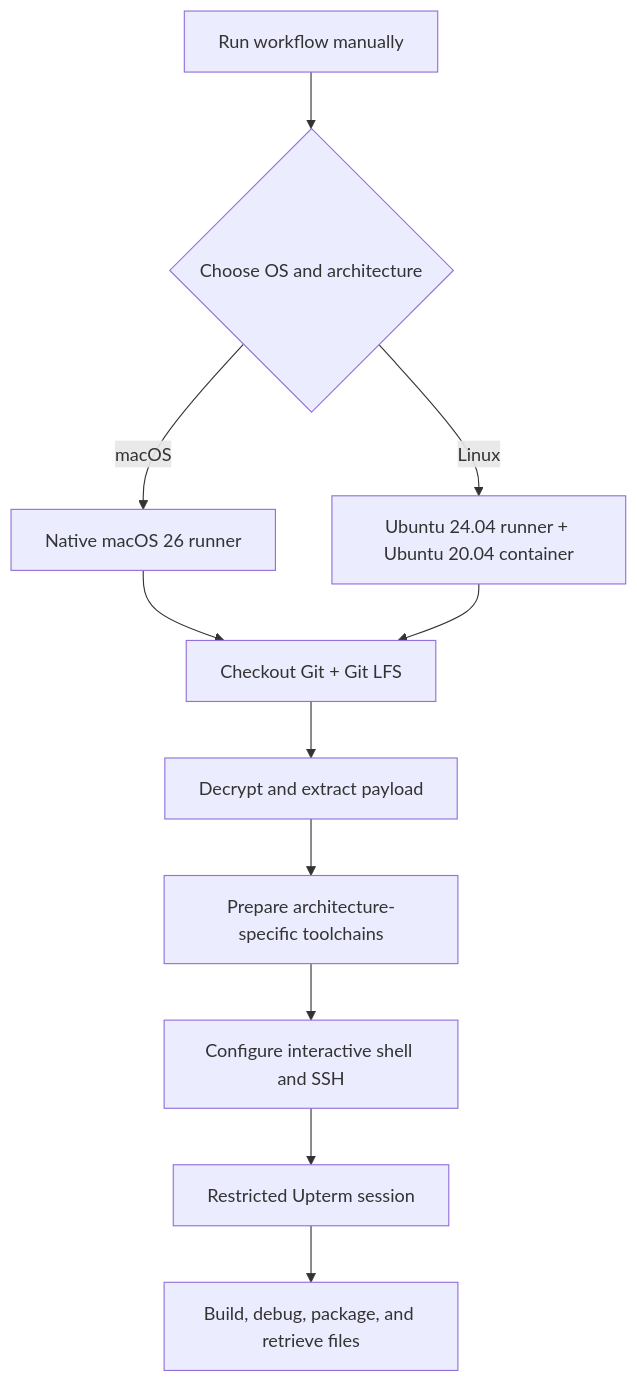
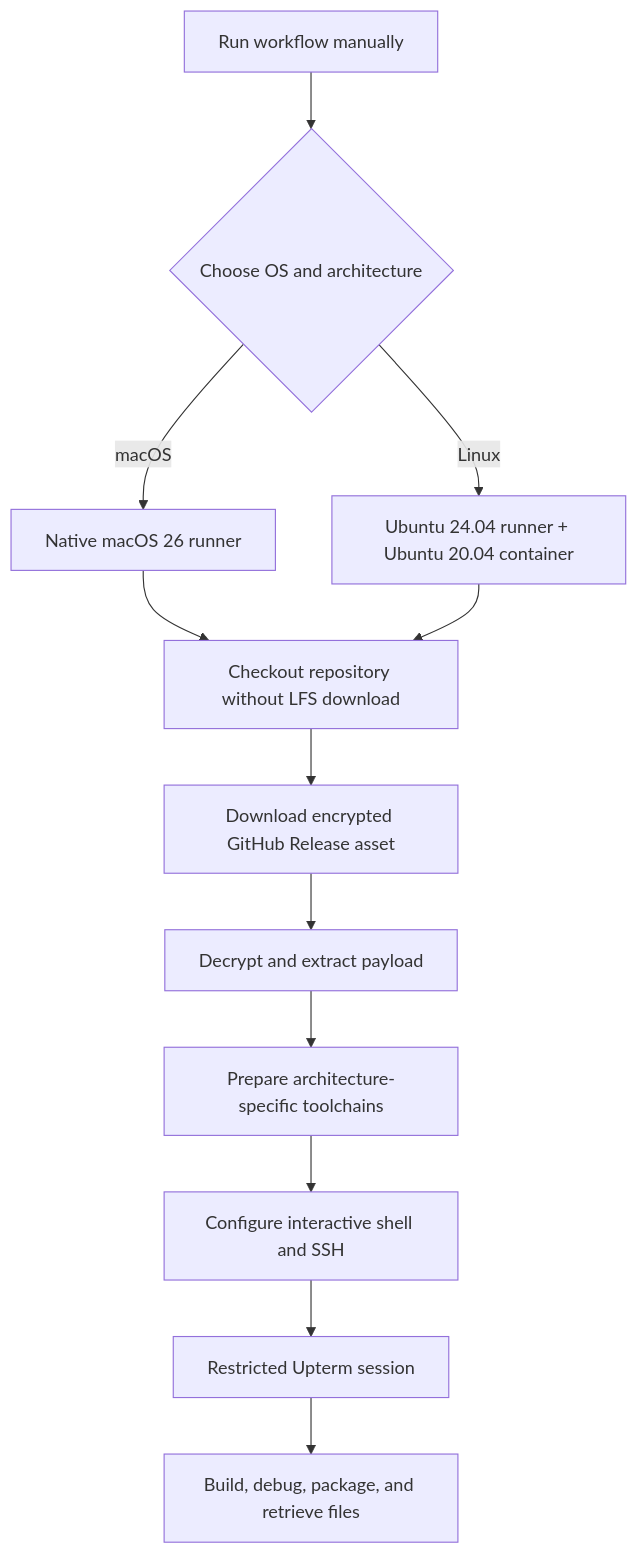
The diagram in README.md (jgfPereira/unix-runner), drawn with Mermaid before and after one commit. The commit also changed other lines of this file and 4 other files, not shown here.

````diff
--- a/README.md
+++ b/README.md
@@ -54,13 +54,14 @@
 ```mermaid
 flowchart TD
     A[Run workflow manually] --> B{Choose OS and architecture}
     B -->|macOS| C[Native macOS 26 runner]
     B -->|Linux| D[Ubuntu 24.04 runner + Ubuntu 20.04 container]
-    C --> E[Checkout Git + Git LFS]
+    C --> E[Checkout repository without LFS download]
     D --> E
-    E --> F[Decrypt and extract payload]
-    F --> G[Prepare architecture-specific toolchains]
-    G --> H[Configure interactive shell and SSH]
-    H --> I[Restricted Upterm session]
-    I --> J[Build, debug, package, and retrieve files]
+    E --> F[Download encrypted GitHub Release asset]
+    F --> G[Decrypt and extract payload]
+    G --> H[Prepare architecture-specific toolchains]
+    H --> I[Configure interactive shell and SSH]
+    I --> J[Restricted Upterm session]
+    J --> K[Build, debug, package, and retrieve files]
 ```
````
